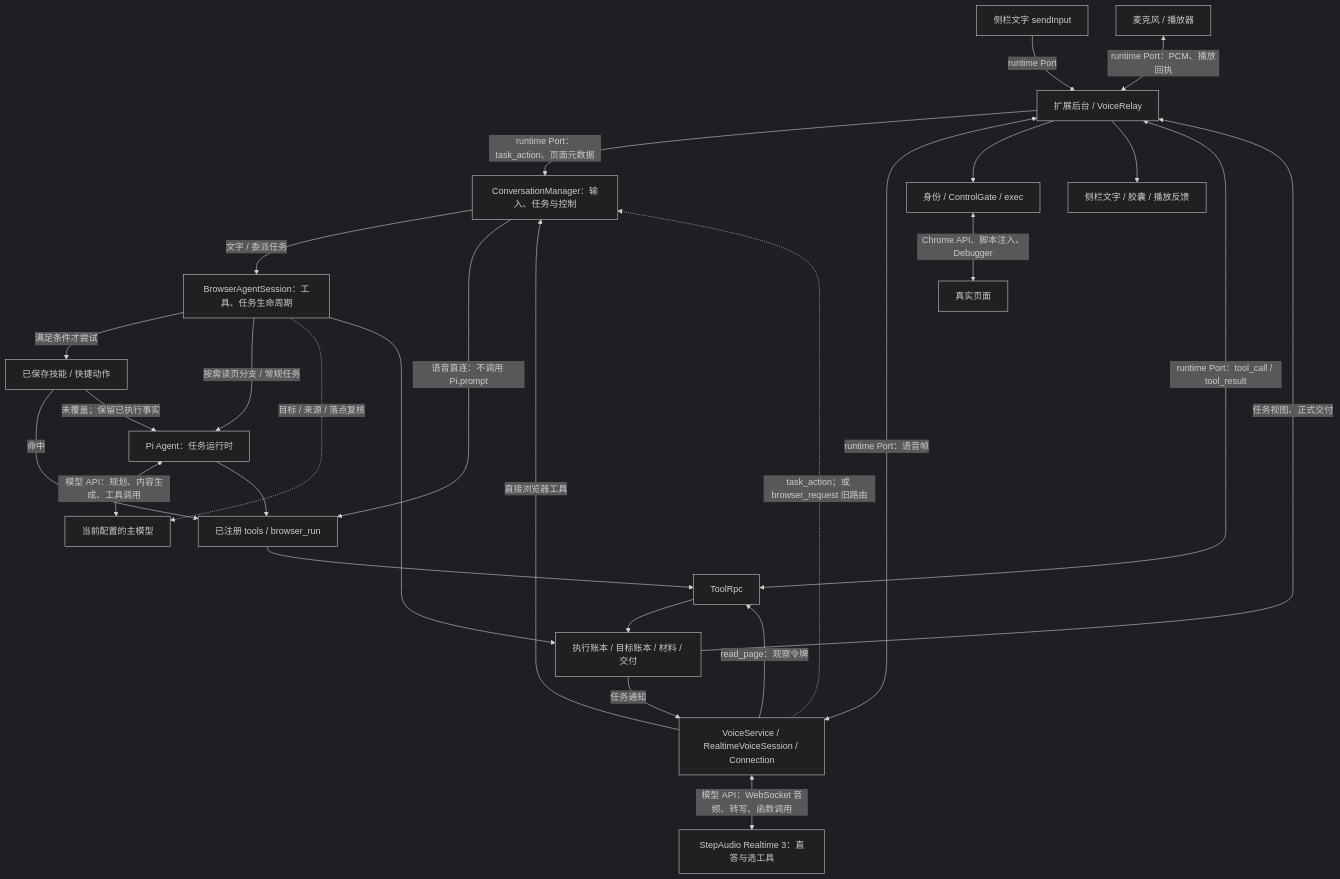
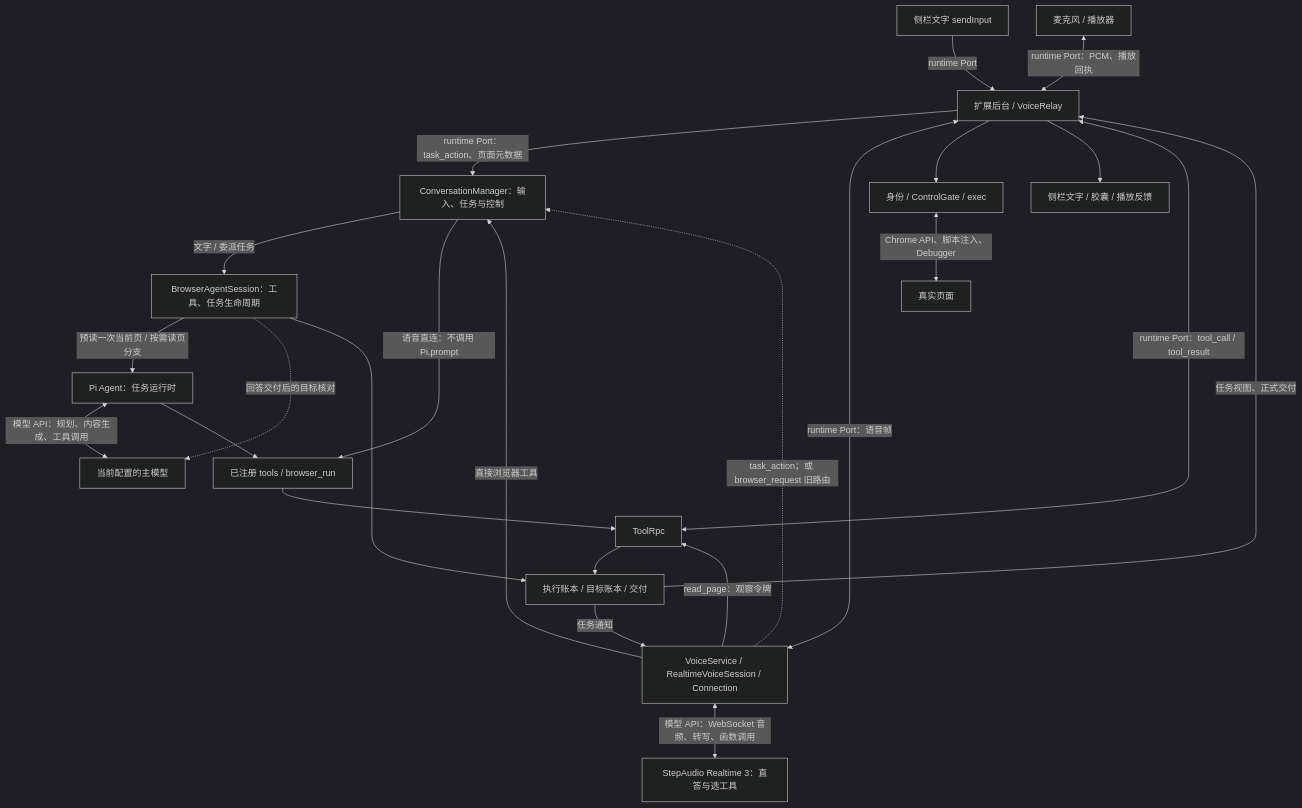
The diagram in docs/architecture.md (yishu-ziyu/By-Your-Side), drawn with Mermaid (dark theme) before and after one commit. The commit also changed other lines of this file and 20 other files, not shown here.

````diff
--- a/docs/architecture.md
+++ b/docs/architecture.md
@@ -19,29 +19,26 @@
 ```mermaid
 flowchart TD
   Text[侧栏文字 sendInput] -->|runtime Port| BG[扩展后台 / VoiceRelay]
   Audio[麦克风 / 播放器] <-->|runtime Port：PCM、播放回执| BG
   BG -->|runtime Port：task_action、页面元数据| CM[ConversationManager：输入、任务与控制]
   BG <-->|runtime Port：语音帧| VS[VoiceService / RealtimeVoiceSession / Connection]
   VS <-->|模型 API：WebSocket 音频、转写、函数调用| RT[StepAudio Realtime 3：直答与选工具]
   VS -->|直接浏览器工具| CM
   VS -.->|task_action；或 browser_request 旧路由| CM
   CM -->|文字 / 委派任务| Session[BrowserAgentSession：工具、任务生命周期]
-  Session -->|满足条件才尝试| Fast[已保存技能 / 快捷动作]
-  Fast -->|命中| Tools[已注册 tools / browser_run]
-  Fast -->|未覆盖；保留已执行事实| Pi[Pi Agent：任务运行时]
-  Session -->|按需读页分支 / 常规任务| Pi
+  Session -->|预读一次当前页 / 按需读页分支| Pi[Pi Agent：任务运行时]
   Pi <-->|模型 API：规划、内容生成、工具调用| LLM[当前配置的主模型]
-  Pi --> Tools
+  Pi --> Tools[已注册 tools / browser_run]
   CM -->|语音直连：不调用 Pi.prompt| Tools
   VS -->|read_page：观察令牌| RPC[ToolRpc]
   Tools --> RPC
   RPC <-->|runtime Port：tool_call / tool_result| BG
   BG --> Gate[身份 / ControlGate / exec]
   Gate <-->|Chrome API、脚本注入、Debugger| Page[真实页面]
-  Session -.->|目标 / 来源 / 落点复核| LLM
-  RPC --> Facts[执行账本 / 目标账本 / 材料 / 交付]
+  Session -.->|回答交付后的目标核对| LLM
+  RPC --> Facts[执行账本 / 目标账本 / 交付]
   Session --> Facts
   Facts -->|任务视图、正式交付| BG
   Facts -->|任务通知| VS
   BG --> UI[侧栏文字 / 胶囊 / 播放反馈]
 ```
````
